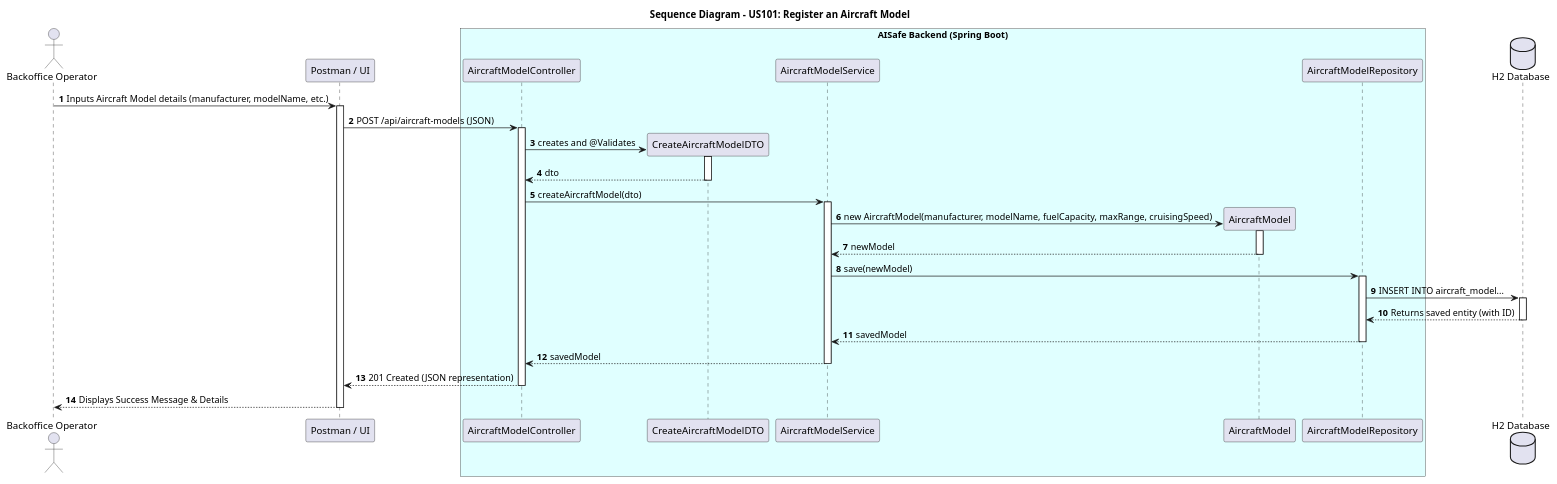
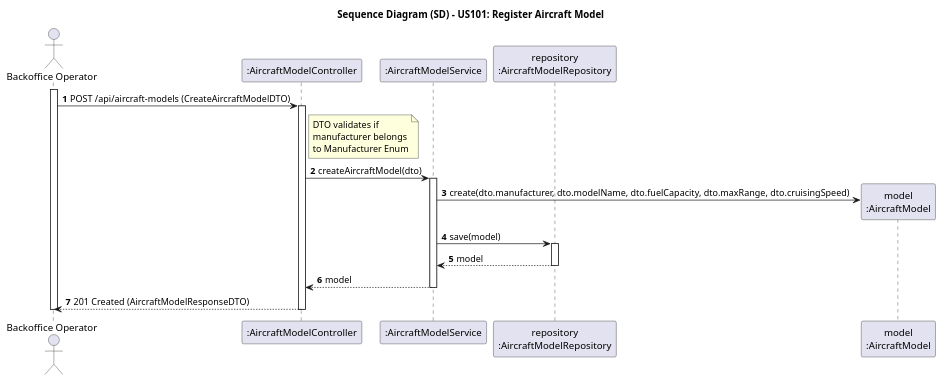
Before and after one commit to Andre-1240567/psoft2026_2DB_1240567_1241013_1240624: the diagram in docs/use-cases/WP#1A/US101/puml/US101-SD.puml, drawn with PlantUML. The commit also changed 21 other files, not shown here.

```diff
--- a/docs/use-cases/WP#1A/US101/puml/US101-SD.puml
+++ b/docs/use-cases/WP#1A/US101/puml/US101-SD.puml
@@ -1,53 +1,35 @@
-@startuml SD_US101
+@startuml US101-SD
 autonumber
-title Sequence Diagram - US101: Register an Aircraft Model
+title Sequence Diagram (SD) - US101: Register Aircraft Model
 
-actor "Backoffice Operator" as Actor
-participant "Postman / UI" as UI
-box "AISafe Backend (Spring Boot)" #LightCyan
-participant "AircraftModelController" as Ctrl
-participant "CreateAircraftModelDTO" as DTO
-participant "AircraftModelService" as Service
-participant "AircraftModel" as Domain
-participant "AircraftModelRepository" as Repo
-end box
-database "H2 Database" as DB
+actor "Backoffice Operator" as Admin
+participant ":AircraftModelController" as Ctrl
+participant ":AircraftModelService" as Service
+participant "repository\n:AircraftModelRepository" as Repo
+participant "model\n:AircraftModel" as Model
 
-Actor -> UI: Inputs Aircraft Model details (manufacturer, modelName, etc.)
-activate UI
-
-UI -> Ctrl: POST /api/aircraft-models (JSON)
+activate Admin
+Admin -> Ctrl: POST /api/aircraft-models (CreateAircraftModelDTO)
 activate Ctrl
 
-Ctrl -> DTO**: creates and @Validates
-activate DTO
-DTO --> Ctrl: dto
-deactivate DTO
+note right of Ctrl: DTO validates if\nmanufacturer belongs\nto Manufacturer Enum
 
 Ctrl -> Service: createAircraftModel(dto)
 activate Service
 
-Service -> Domain**: new AircraftModel(manufacturer, modelName, fuelCapacity, maxRange, cruisingSpeed)
-activate Domain
-Domain --> Service: newModel
-deactivate Domain
+' Criação da Entidade em memória
+Service -> Model**: create(dto.manufacturer, dto.modelName, dto.fuelCapacity, dto.maxRange, dto.cruisingSpeed)
 
-Service -> Repo: save(newModel)
+' Persistência na Base de Dados
+Service -> Repo: save(model)
 activate Repo
-Repo -> DB: INSERT INTO aircraft_model...
-activate DB
-DB --> Repo: Returns saved entity (with ID)
-deactivate DB
-Repo --> Service: savedModel
+Repo --> Service: model
 deactivate Repo
 
-Service --> Ctrl: savedModel
+Service --> Ctrl: model
 deactivate Service
 
-Ctrl --> UI: 201 Created (JSON representation)
+Ctrl --> Admin: 201 Created (AircraftModelResponseDTO)
 deactivate Ctrl
-
-UI --> Actor: Displays Success Message & Details
-deactivate UI
-
+deactivate Admin
 @enduml
```
